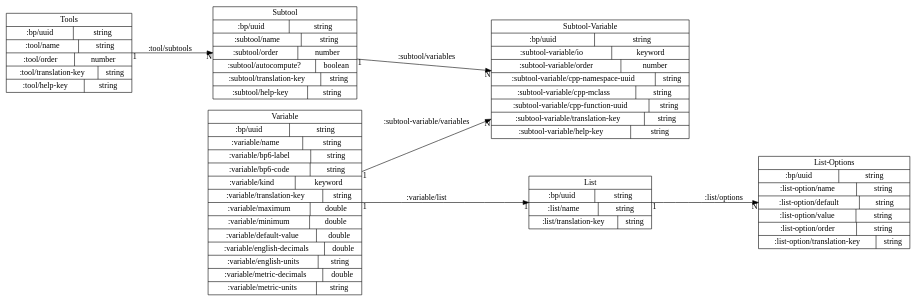
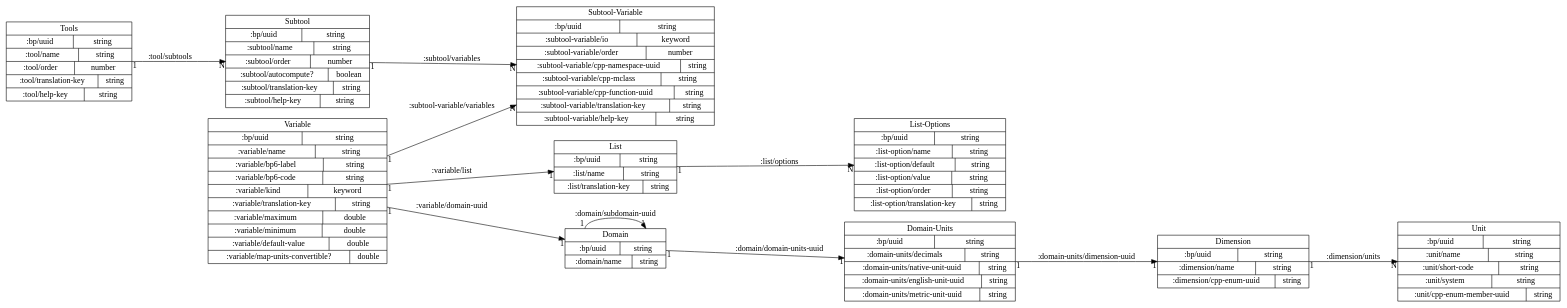
Before and after one commit to firelab/behave-app: the diagram in README.org, drawn with Graphviz. The commit also changed 1 other file, not shown here.

Commit message:
add proposed schema changes to docs

```diff
--- a/README.org
+++ b/README.org
@@ -72,68 +72,97 @@
 #+begin_src dot :results value :file projects/behave/docs/tools-schema.png
 digraph GitHub {
-graph [rankdir = "LR"]
+    graph [rankdir = "LR"]
 
-node [shape = record]
+    node [shape = record]
 
-Tool [label="Tools
-|{ :bp/uuid              | string }
-|{ :tool/name            | string }
-|{ :tool/order           | number }
-|{ :tool/translation-key | string }
-|{ :tool/help-key        | string }"]
+    Tool [label="Tools
+          |{ :bp/uuid              | string }
+          |{ :tool/name            | string }
+          |{ :tool/order           | number }
+          |{ :tool/translation-key | string }
+          |{ :tool/help-key        | string }"]
 
-SubTool [label="Subtool
-|{ :bp/uuid                 | string }
-|{ :subtool/name            | string }
-|{ :subtool/order           | number }
-|{ :subtool/autocompute?    | boolean }
-|{ :subtool/translation-key | string }
-|{ :subtool/help-key        | string }"]
+    SubTool [label="Subtool
+             |{ :bp/uuid                 | string }
+             |{ :subtool/name            | string }
+             |{ :subtool/order           | number }
+             |{ :subtool/autocompute?    | boolean }
+             |{ :subtool/translation-key | string }
+             |{ :subtool/help-key        | string }"]
 
-SubToolVariable [label="Subtool-Variable
-|{ :bp/uuid                             | string }
-|{ :subtool-variable/io                 | keyword }
-|{ :subtool-variable/order              | number }
-|{ :subtool-variable/cpp-namespace-uuid | string }
-|{ :subtool-variable/cpp-mclass         | string }
-|{ :subtool-variable/cpp-function-uuid  | string }
-|{ :subtool-variable/translation-key    | string }
-|{ :subtool-variable/help-key           | string }"]
+    SubToolVariable [label="Subtool-Variable
+                     |{ :bp/uuid                             | string }
+                     |{ :subtool-variable/io                 | keyword }
+                     |{ :subtool-variable/order              | number }
+                     |{ :subtool-variable/cpp-namespace-uuid | string }
+                     |{ :subtool-variable/cpp-mclass         | string }
+                     |{ :subtool-variable/cpp-function-uuid  | string }
+                     |{ :subtool-variable/translation-key    | string }
+                     |{ :subtool-variable/help-key           | string }"]
 
-Variable [label="Variable
-|{ :bp/uuid                   | string }
-|{ :variable/name             | string }
-|{ :variable/bp6-label        | string }
-|{ :variable/bp6-code         | string }
-|{ :variable/kind             | keyword}
-|{ :variable/translation-key  | string }
-|{ :variable/maximum          | double }
-|{ :variable/minimum          | double }
-|{ :variable/default-value    | double }
-|{ :variable/english-decimals | double }
-|{ :variable/english-units    | string }
-|{ :variable/metric-decimals  | double }
-|{ :variable/metric-units     | string }
-"]
-List [label="List
-|{ :bp/uuid               | string }
-|{ :list/name             | string }
-|{ :list/translation-key  | string }
-"]
+    Variable [label="Variable
+              |{ :bp/uuid                         | string }
+              |{ :variable/name                   | string }
+              |{ :variable/bp6-label              | string }
+              |{ :variable/bp6-code               | string }
+              |{ :variable/kind                   | keyword}
+              |{ :variable/translation-key        | string }
+              |{ :variable/maximum                | double }
+              |{ :variable/minimum                | double }
+              |{ :variable/default-value          | double }
+              |{ :variable/map-units-convertible? | double }
+              "]
+    List [label="List
+          |{ :bp/uuid               | string }
+          |{ :list/name             | string }
+          |{ :list/translation-key  | string }
+          "]
 
-ListOptions [label="List-Options
-|{ :bp/uuid                     | string }
-|{ :list-option/name            | string }
-|{ :list-option/default         | string }
-|{ :list-option/value           | string }
-|{ :list-option/order           | string }
-|{ :list-option/translation-key | string }
-"]
+    ListOptions [label="List-Options
+                 |{ :bp/uuid                     | string }
+                 |{ :list-option/name            | string }
+                 |{ :list-option/default         | string }
+                 |{ :list-option/value           | string }
+                 |{ :list-option/order           | string }
+                 |{ :list-option/translation-key | string }
+                 "]
 
-Tool     -> SubTool         [label=":tool/subtools" taillabel=1 headlabel=N]
-SubTool  -> SubToolVariable [label=":subtool/variables" taillabel=1 headlabel=N]
-Variable -> SubToolVariable [label=":subtool-variable/variables" taillabel=1 headlabel=N]
-Variable -> List            [label=":variable/list" taillabel=1 headlabel=1]
-List -> ListOptions         [label=":list/options" taillabel=1 headlabel=N]
+    Dimension [label="Dimension
+               |{ :bp/uuid                 | string }
+               |{ :dimension/name          | string }
+               |{ :dimension/cpp-enum-uuid | string }
+               "]
+
+    Unit [label="Unit
+          |{ :bp/uuid                   | string }
+          |{ :unit/name                 | string }
+          |{ :unit/short-code           | string }
+          |{ :unit/system               | string }
+          |{ :unit/cpp-enum-member-uuid | string }
+          "]
+
+    Domain [label="Domain
+            |{ :bp/uuid                 | string }
+            |{ :domain/name             | string }
+            "]
+
+    DomainUnits [label="Domain-Units
+            |{ :bp/uuid                        | string }
+            |{ :domain-units/decimals          | string }
+            |{ :domain-units/native-unit-uuid  | string }
+            |{ :domain-units/english-unit-uuid | string }
+            |{ :domain-units/metric-unit-uuid  | string }
+            "]
+
+    Tool     -> SubTool         [label=":tool/subtools" taillabel=1 headlabel=N]
+    SubTool  -> SubToolVariable [label=":subtool/variables" taillabel=1 headlabel=N]
+    Variable -> SubToolVariable [label=":subtool-variable/variables" taillabel=1 headlabel=N]
+    Variable -> List            [label=":variable/list" taillabel=1 headlabel=1]
+    Variable -> Domain          [label=":variable/domain-uuid" taillabel=1 headlabel=1]
+    List -> ListOptions         [label=":list/options" taillabel=1 headlabel=N]
+    Dimension -> Unit           [label=":dimension/units" taillabel=1 headlabel=N]
+    Domain -> Domain            [label=":domain/subdomain-uuid" taillabel=1 headlabel=1]
+    Domain -> DomainUnits       [label=":domain/domain-units-uuid" taillabel=1 headlabel=1]
+    DomainUnits -> Dimension    [label=":domain-units/dimension-uuid" taillabel=1 headlabel=1]
 }
 #+end_src
```
